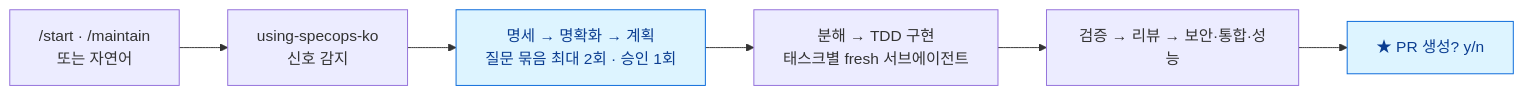
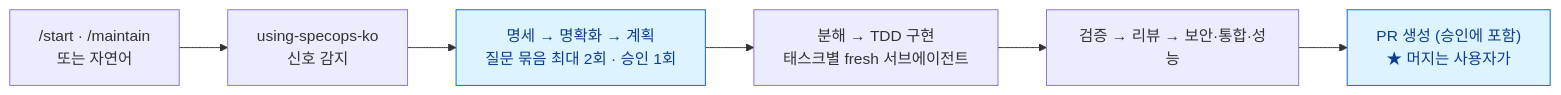
Before and after one commit to andyko18/devFSD: the first of 4 diagrams in README.md, drawn with Mermaid. The commit also changed other lines of this file and 16 other files, not shown here.

````diff
--- a/README.md
+++ b/README.md
@@ -31,10 +31,10 @@
 ```mermaid
 flowchart LR
     A["/start · /maintain<br/>또는 자연어"] --> B["using-specops-ko<br/>신호 감지"]
     B --> C["명세 → 명확화 → 계획<br/>질문 묶음 최대 2회 · 승인 1회"]
     C --> D["분해 → TDD 구현<br/>태스크별 fresh 서브에이전트"]
     D --> E["검증 → 리뷰 → 보안·통합·성능"]
-    E --> F["★ PR 생성? y/n"]
+    E --> F["PR 생성 (승인에 포함)<br/>★ 머지는 사용자가"]
     classDef gate fill:#ddf4ff,stroke:#0969da,color:#0b3d91
     class C,F gate
 ```
````
